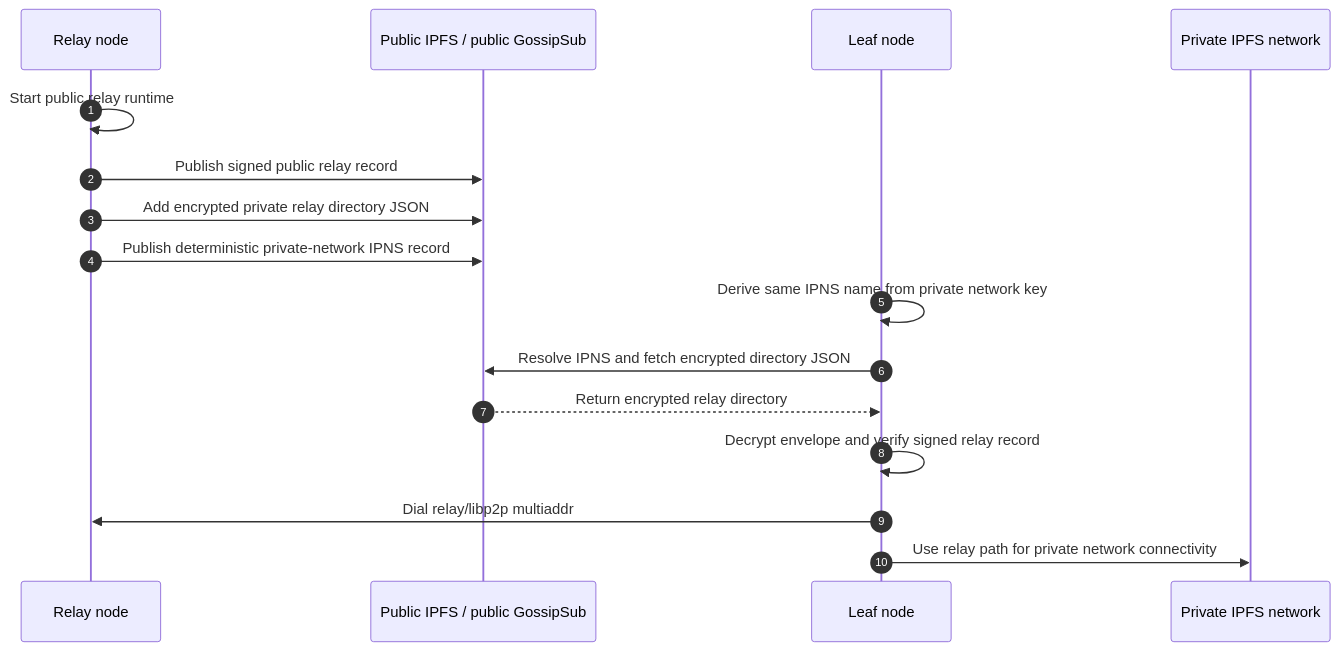
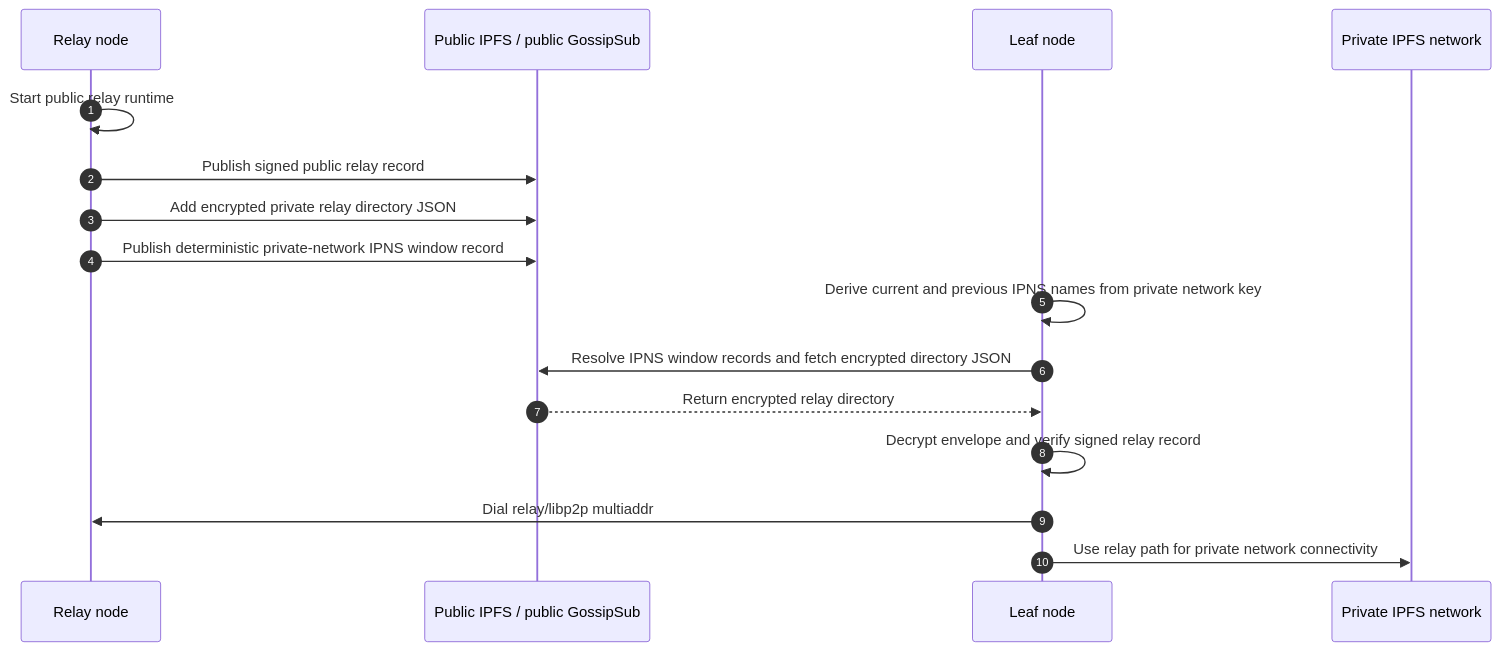
The second of 5 diagrams in docs/p2p-communication.md (haskou/pigeon-swarm-node), drawn with Mermaid before and after one commit. The commit also changed other lines of this file and 3 other files, not shown here.

Commit message:
fix(relay): 🐛 Rotate private relay IPNS names

````diff
--- a/docs/p2p-communication.md
+++ b/docs/p2p-communication.md
@@ -141,19 +143,19 @@
 ```mermaid
 sequenceDiagram
   autonumber
   participant R as Relay node
   participant Pub as Public IPFS / public GossipSub
   participant L as Leaf node
   participant Priv as Private IPFS network
 
   R->>R: Start public relay runtime
   R->>Pub: Publish signed public relay record
   R->>Pub: Add encrypted private relay directory JSON
-  R->>Pub: Publish deterministic private-network IPNS record
-  L->>L: Derive same IPNS name from private network key
-  L->>Pub: Resolve IPNS and fetch encrypted directory JSON
+  R->>Pub: Publish deterministic private-network IPNS window record
+  L->>L: Derive current and previous IPNS names from private network key
+  L->>Pub: Resolve IPNS window records and fetch encrypted directory JSON
   Pub-->>L: Return encrypted relay directory
   L->>L: Decrypt envelope and verify signed relay record
   L->>R: Dial relay/libp2p multiaddr
   L->>Priv: Use relay path for private network connectivity
 ```
````
